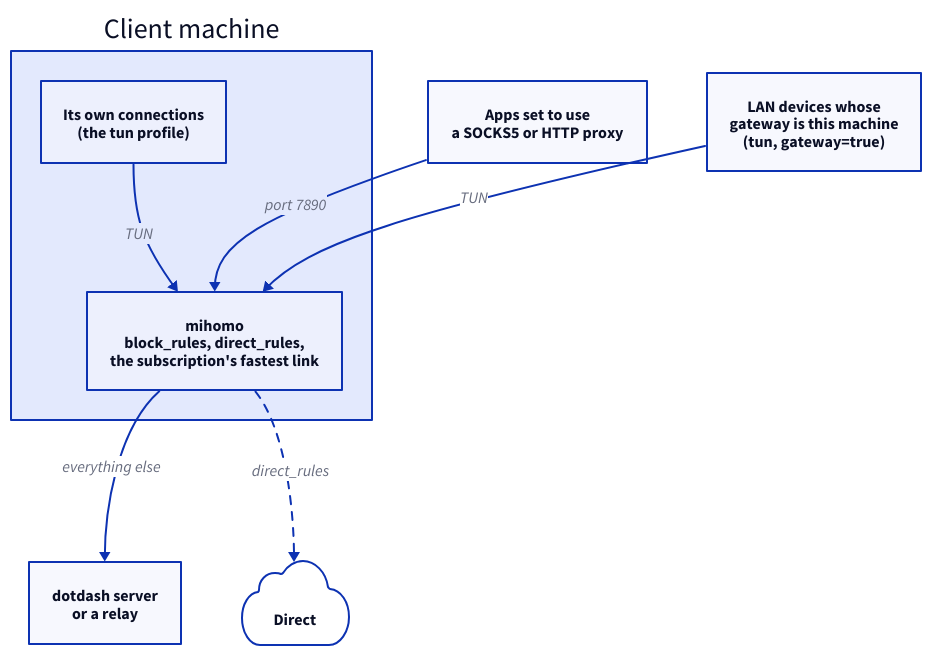
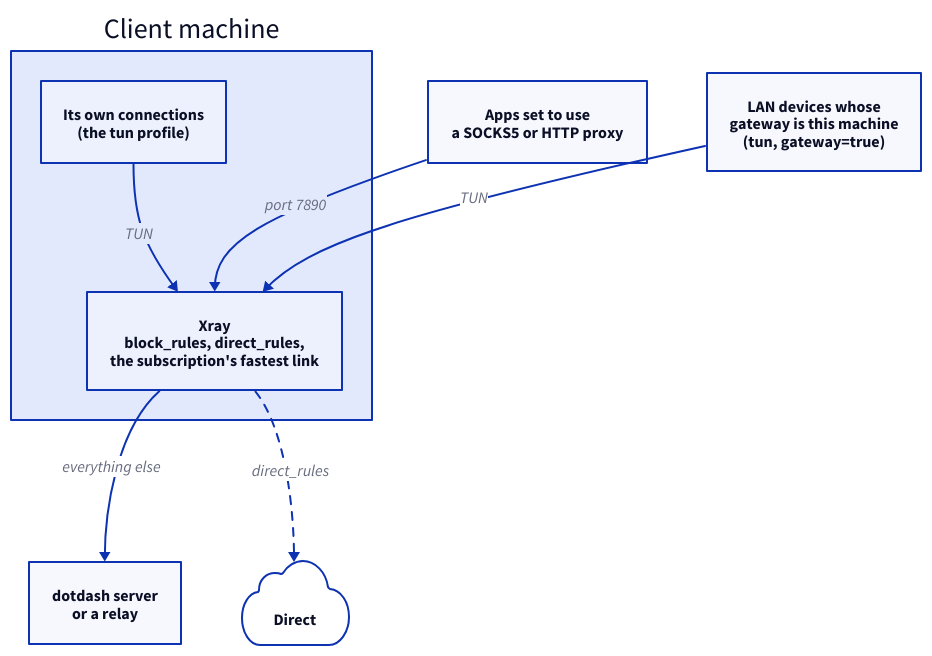
The diagram in pages/diagrams/client.d2 (morzecrew/dotdash), drawn with D2 before and after one commit. The commit also changed 23 other files, not shown here.

Commit message:
✨ feat(client): dotdash-client runs Xray instead of mihomo (#126)

```diff
--- a/pages/diagrams/client.d2
+++ b/pages/diagrams/client.d2
@@ -1,23 +1,23 @@
-# dotdash-client: the ways traffic reaches mihomo, and where it goes from there.
+# dotdash-client: the ways traffic reaches Xray, and where it goes from there.
 # Rendered by render.sh.
 direction: down
 
 apps: "Apps set to use\na SOCKS5 or HTTP proxy"
 gw: "LAN devices whose\ngateway is this machine\n(tun, gateway=true)"
 
 machine: Client machine {
   own: "Its own connections\n(the tun profile)"
-  mihomo: mihomo {
-    label: "mihomo\nblock_rules, direct_rules,\nthe subscription's fastest link"
+  xray: Xray {
+    label: "Xray\nblock_rules, direct_rules,\nthe subscription's fastest link"
   }
-  own -> mihomo: TUN
+  own -> xray: TUN
 }
 
-apps -> machine.mihomo: port 7890
-gw -> machine.mihomo: TUN
+apps -> machine.xray: port 7890
+gw -> machine.xray: TUN
 
 dotdash: dotdash server\nor a relay
 direct: Direct {shape: cloud}
 
-machine.mihomo -> dotdash: everything else
-machine.mihomo -> direct: direct_rules {style.stroke-dash: 4}
+machine.xray -> dotdash: everything else
+machine.xray -> direct: direct_rules {style.stroke-dash: 4}
```
